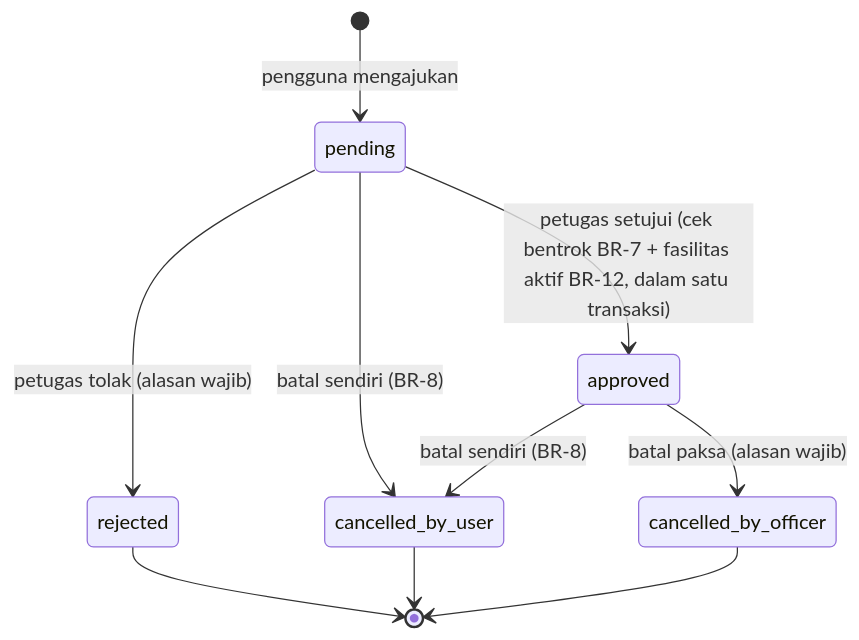
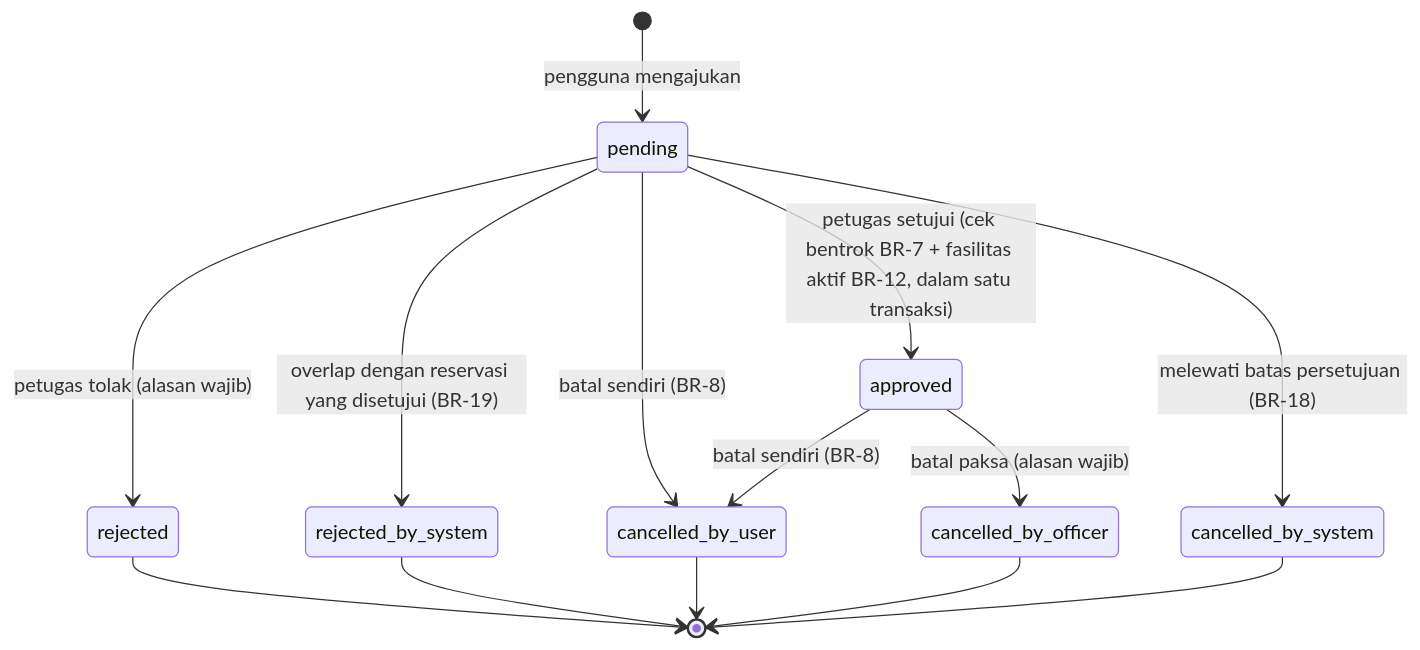
Before and after one commit to muhffikkri/room-reservation-system: the second of 3 diagrams in docs/spesifikasi-sistem-reservasi.md, drawn with Mermaid. The commit also changed other lines of this file, not shown here.

Commit message:
docs(spec): update schema and business rules

````diff
--- a/docs/spesifikasi-sistem-reservasi.md
+++ b/docs/spesifikasi-sistem-reservasi.md
@@ -460,12 +523,16 @@
 ```mermaid
 stateDiagram-v2
     [*] --> pending: pengguna mengajukan
     pending --> approved: petugas setujui (cek bentrok BR-7 + fasilitas aktif BR-12, dalam satu transaksi)
     pending --> rejected: petugas tolak (alasan wajib)
+    pending --> rejected_by_system: overlap dengan reservasi yang disetujui (BR-19)
     pending --> cancelled_by_user: batal sendiri (BR-8)
+    pending --> cancelled_by_system: melewati batas persetujuan (BR-18)
     approved --> cancelled_by_user: batal sendiri (BR-8)
     approved --> cancelled_by_officer: batal paksa (alasan wajib)
     rejected --> [*]
+    rejected_by_system --> [*]
     cancelled_by_user --> [*]
     cancelled_by_officer --> [*]
+    cancelled_by_system --> [*]
 ```
````
